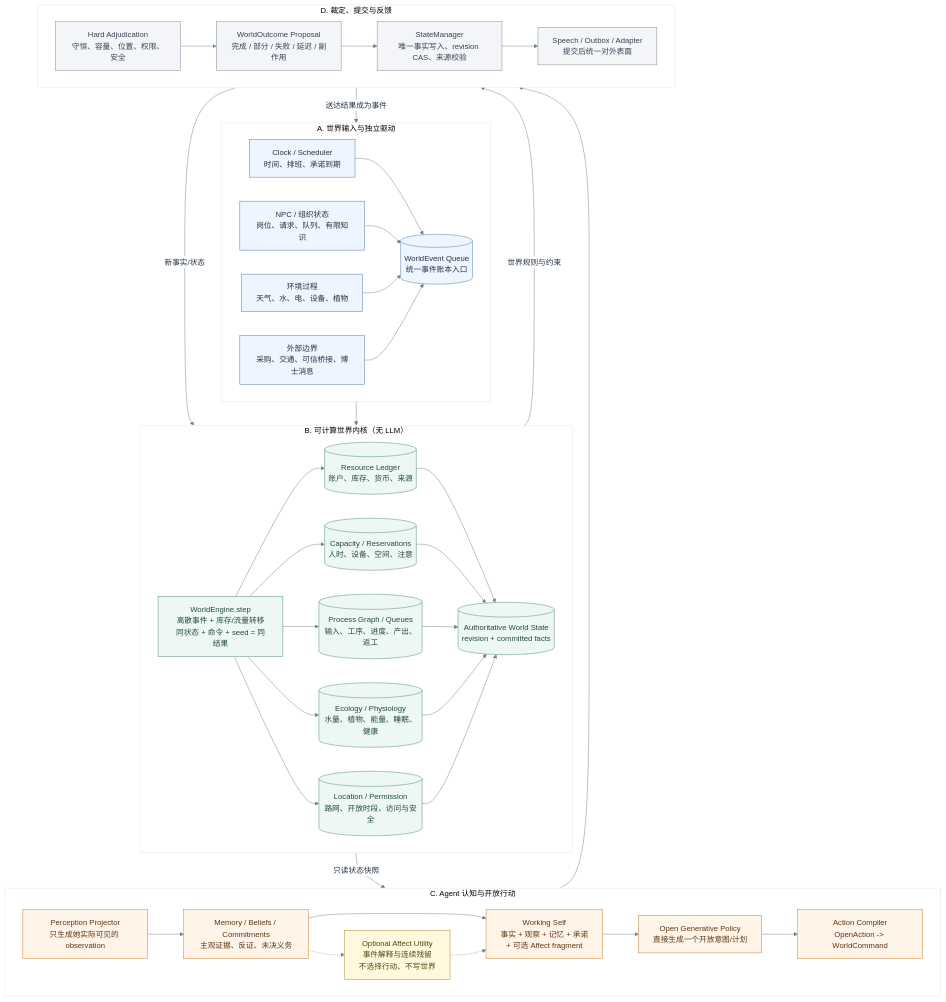
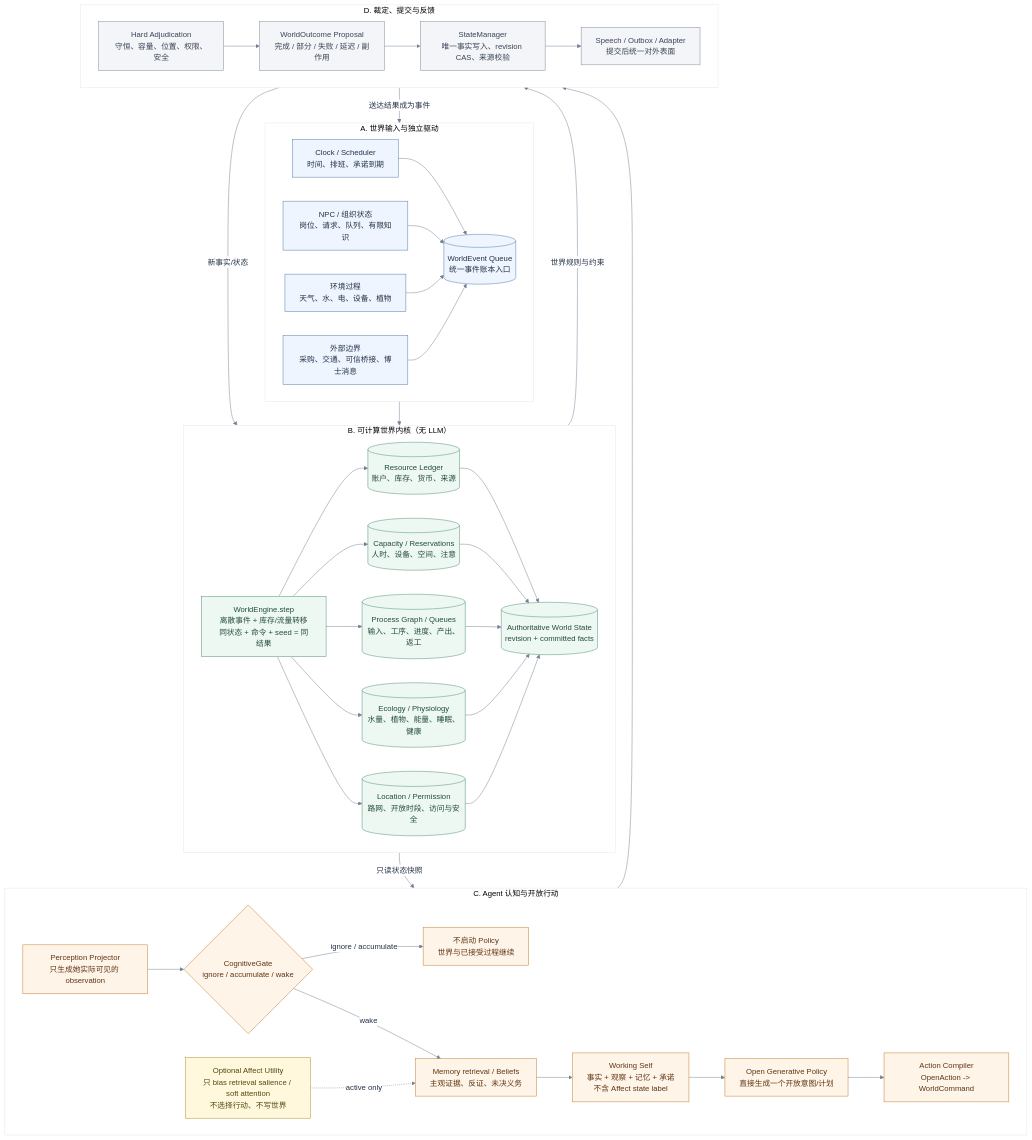
The diagram in computable-world-architecture-v1.mmd (yanyuliu01/gf), drawn with Mermaid before and after one commit. The commit also changed 16 other files, not shown here.

```diff
--- a/computable-world-architecture-v1.mmd
+++ b/computable-world-architecture-v1.mmd
@@ -1,74 +1,78 @@
 %%{init: {"theme":"base","themeVariables":{"background":"#f7f9fc","primaryColor":"#ffffff","primaryTextColor":"#243247","primaryBorderColor":"#cbd5e1","lineColor":"#718096","fontFamily":"Microsoft YaHei, Segoe UI, sans-serif"}}}%%
 flowchart TB
   subgraph I["A. 世界输入与独立驱动"]
     direction LR
     CLOCK["Clock / Scheduler<br/>时间、排班、承诺到期"]
     NPC["NPC / 组织状态<br/>岗位、请求、队列、有限知识"]
     ENV["环境过程<br/>天气、水、电、设备、植物"]
     EXT["外部边界<br/>采购、交通、可信桥接、博士消息"]
     QUEUE[("WorldEvent Queue<br/>统一事件账本入口")]
     CLOCK --> QUEUE
     NPC --> QUEUE
     ENV --> QUEUE
     EXT --> QUEUE
   end
 
   subgraph W["B. 可计算世界内核（无 LLM）"]
     direction LR
     STEP["WorldEngine.step<br/>离散事件 + 库存/流量转移<br/>同状态 + 命令 + seed = 同结果"]
     LEDGER[("Resource Ledger<br/>账户、库存、货币、来源")]
     CAP[("Capacity / Reservations<br/>人时、设备、空间、注意")]
     PROC[("Process Graph / Queues<br/>输入、工序、进度、产出、返工")]
     BIO[("Ecology / Physiology<br/>水量、植物、能量、睡眠、健康")]
     MAP[("Location / Permission<br/>路网、开放时段、访问与安全")]
     STATE[("Authoritative World State<br/>revision + committed facts")]
     STEP --> LEDGER
     STEP --> CAP
     STEP --> PROC
     STEP --> BIO
     STEP --> MAP
     LEDGER --> STATE
     CAP --> STATE
     PROC --> STATE
     BIO --> STATE
     MAP --> STATE
   end
 
   subgraph A["C. Agent 认知与开放行动"]
     direction LR
     OBS["Perception Projector<br/>只生成她实际可见的 observation"]
-    MEM["Memory / Beliefs / Commitments<br/>主观证据、反证、未决义务"]
-    AFFECT["Optional Affect Utility<br/>事件解释与连续残留<br/>不选择行动、不写世界"]
-    SELF["Working Self<br/>事实 + 观察 + 记忆 + 承诺<br/>+ 可选 Affect fragment"]
+    GATE{"CognitiveGate<br/>ignore / accumulate / wake"}
+    QUIET["不启动 Policy<br/>世界与已接受过程继续"]
+    MEM["Memory retrieval / Beliefs<br/>主观证据、反证、未决义务"]
+    AFFECT["Optional Affect Utility<br/>只 bias retrieval salience / soft attention<br/>不选择行动、不写世界"]
+    SELF["Working Self<br/>事实 + 观察 + 记忆 + 承诺<br/>不含 Affect state label"]
     POLICY["Open Generative Policy<br/>直接生成一个开放意图/计划"]
     COMMAND["Action Compiler<br/>OpenAction -> WorldCommand"]
-    OBS --> MEM --> SELF --> POLICY --> COMMAND
-    MEM -.-> AFFECT -.-> SELF
+    OBS --> GATE
+    GATE -->|"ignore / accumulate"| QUIET
+    GATE -->|"wake"| MEM --> SELF --> POLICY --> COMMAND
+    AFFECT -.->|"active only"| MEM
   end
 
   subgraph D["D. 裁定、提交与反馈"]
     direction LR
     HARD["Hard Adjudication<br/>守恒、容量、位置、权限、安全"]
     RESULT["WorldOutcome Proposal<br/>完成 / 部分 / 失败 / 延迟 / 副作用"]
     WRITER["StateManager<br/>唯一事实写入、revision CAS、来源校验"]
     SURFACE["Speech / Outbox / Adapter<br/>提交后统一对外表面"]
     HARD --> RESULT --> WRITER --> SURFACE
   end
 
   QUEUE --> STEP
   STATE -->|"只读状态快照"| OBS
   STATE -->|"世界规则与约束"| HARD
   COMMAND --> HARD
   WRITER -->|"新事实/状态"| STEP
   SURFACE -->|"送达结果成为事件"| QUEUE
 
   classDef input fill:#eef5ff,stroke:#4f79a8,color:#243247;
   classDef world fill:#eef8f3,stroke:#4d8c72,color:#234c3e;
   classDef cognition fill:#fff4e8,stroke:#c47a2c,color:#5e3615;
   classDef affect fill:#fff8dc,stroke:#aa8b2f,color:#564713;
   classDef commit fill:#f3f5f8,stroke:#7d8998,color:#394455;
   class CLOCK,NPC,ENV,EXT,QUEUE input;
   class STEP,LEDGER,CAP,PROC,BIO,MAP,STATE world;
-  class OBS,MEM,SELF,POLICY,COMMAND cognition;
+  class OBS,GATE,QUIET,MEM,SELF,POLICY,COMMAND cognition;
   class AFFECT affect;
   class HARD,RESULT,WRITER,SURFACE commit;
```
